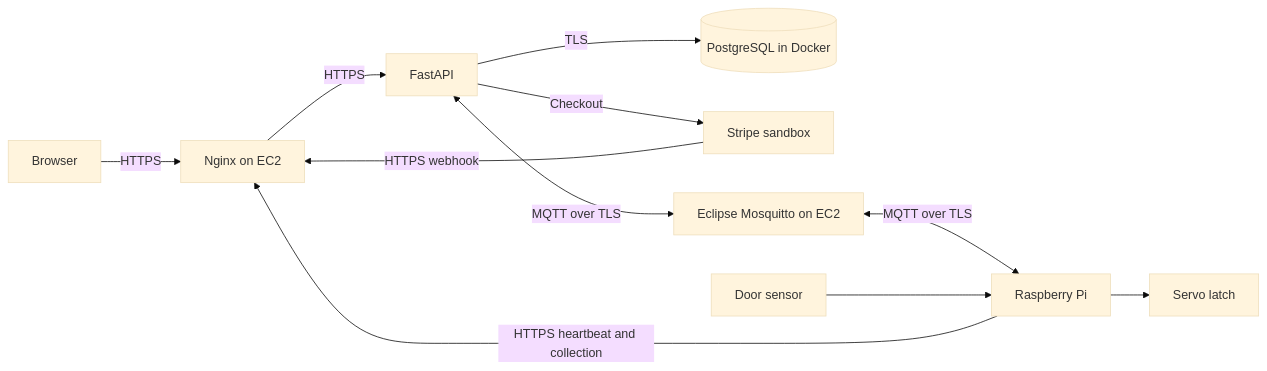
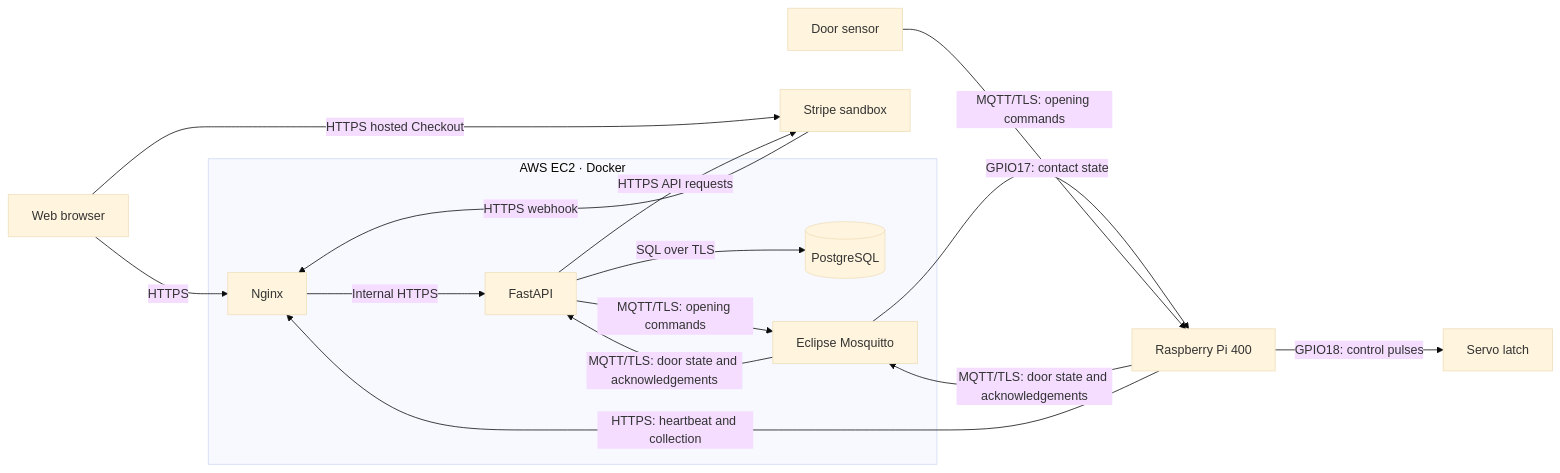
The diagram in README.md (nikitsya/UniStow), drawn with Mermaid (base theme) before and after one commit. The commit also changed other lines of this file, not shown here.

Commit message:
Clarify architecture data flows in README
Distinguish MQTT opening commands and telemetry from HTTPS
collection requests. Label Stripe connections and group the
services hosted on EC2.

````diff
--- a/README.md
+++ b/README.md
@@ -65,13 +67,22 @@
 ```mermaid
 flowchart LR
-    Browser -->|HTTPS| Proxy[Nginx on EC2]
-    Proxy -->|HTTPS| App[FastAPI]
-    App -->|TLS| DB[(PostgreSQL in Docker)]
-    App -->|Checkout| Stripe[Stripe sandbox]
+   subgraph EC2["AWS EC2 · Docker"]
+      Proxy[Nginx]
+      App[FastAPI]
+      DB[(PostgreSQL)]
+      Broker[Eclipse Mosquitto]
+   end
+   Browser[Web browser] -->|HTTPS| Proxy
+   Proxy -->|Internal HTTPS| App
+   App -->|SQL over TLS| DB
+   Browser -->|HTTPS hosted Checkout| Stripe[Stripe sandbox]
+   App -->|HTTPS API requests| Stripe
     Stripe -->|HTTPS webhook| Proxy
-    App <-->|MQTT over TLS| Broker[Eclipse Mosquitto on EC2]
-    Broker <-->|MQTT over TLS| Pi[Raspberry Pi]
-    Pi -->|HTTPS heartbeat and collection| Proxy
-    Pi --> Latch[Servo latch]
-    Sensor[Door sensor] --> Pi
+   App -->|MQTT/TLS: opening commands| Broker
+   Broker -->|MQTT/TLS: opening commands| Pi[Raspberry Pi 400]
+   Pi -->|MQTT/TLS: door state and acknowledgements| Broker
+   Broker -->|MQTT/TLS: door state and acknowledgements| App
+   Pi -->|HTTPS: heartbeat and collection| Proxy
+   Pi -->|GPIO18: control pulses| Latch[Servo latch]
+   Sensor[Door sensor] -->|GPIO17: contact state| Pi
 ```
````
